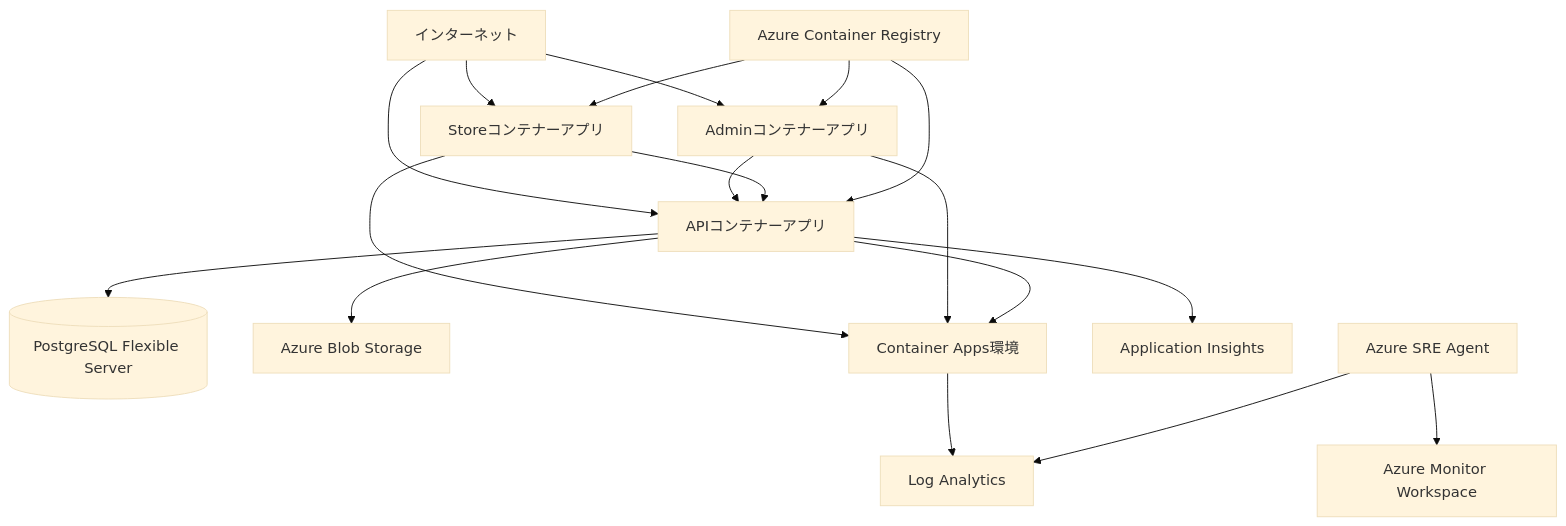
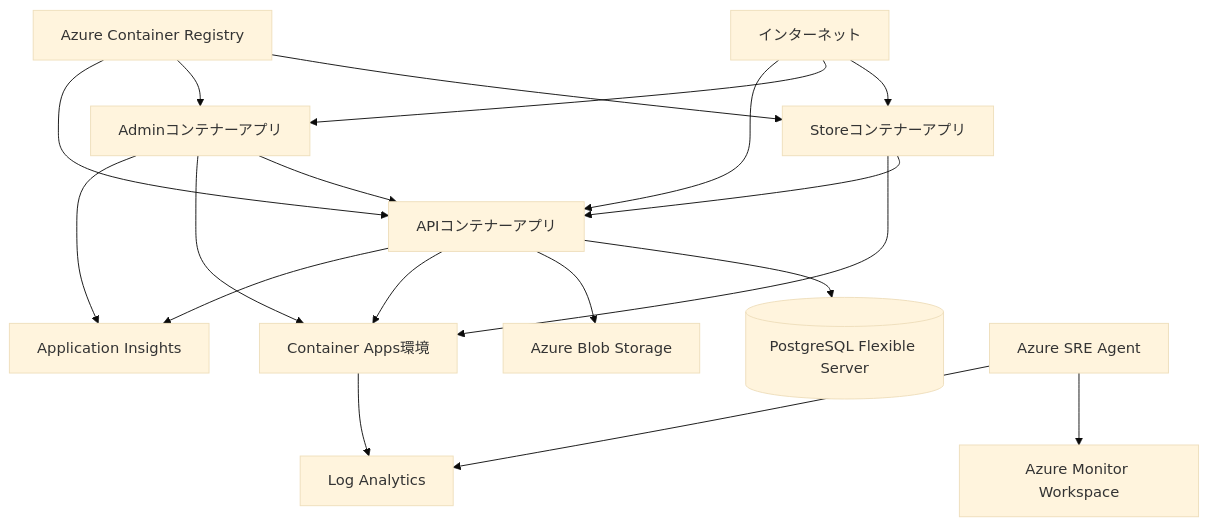
One commit to mahya8585/SRE-agent-demo changed the second of 2 diagrams in docs/system-overview.md. Above: the diagram before and after it, drawn with Mermaid (base theme). The commit also changed other lines of this file and 6 other files, not shown here.

````diff
--- a/docs/system-overview.md
+++ b/docs/system-overview.md
@@ -173,20 +173,21 @@
 ```mermaid
 flowchart TB
   Internet[インターネット] --> StoreCA[Storeコンテナーアプリ]
   Internet --> AdminCA[Adminコンテナーアプリ]
   Internet --> ApiCA[APIコンテナーアプリ]
     AdminCA --> ApiCA
     StoreCA --> ApiCA
     ApiCA --> PG[(PostgreSQL Flexible Server)]
     ApiCA --> Blob[Azure Blob Storage]
     ACR[Azure Container Registry] --> StoreCA
     ACR --> AdminCA
     ACR --> ApiCA
     StoreCA --> CAE[Container Apps環境]
     AdminCA --> CAE
     ApiCA --> CAE
     CAE --> LAW[Log Analytics]
+    AdminCA --> AI[Application Insights]
     ApiCA --> AI[Application Insights]
     SRE[Azure SRE Agent] --> AMW[Azure Monitor Workspace]
     SRE --> LAW
 ```
````
